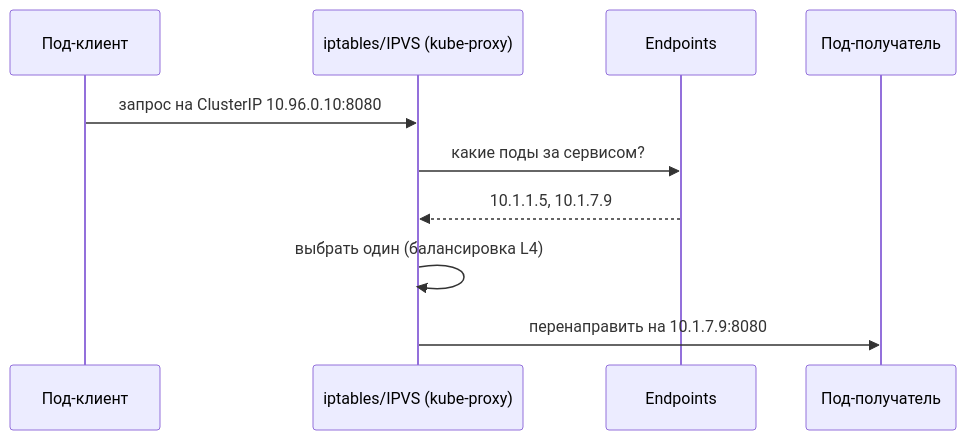
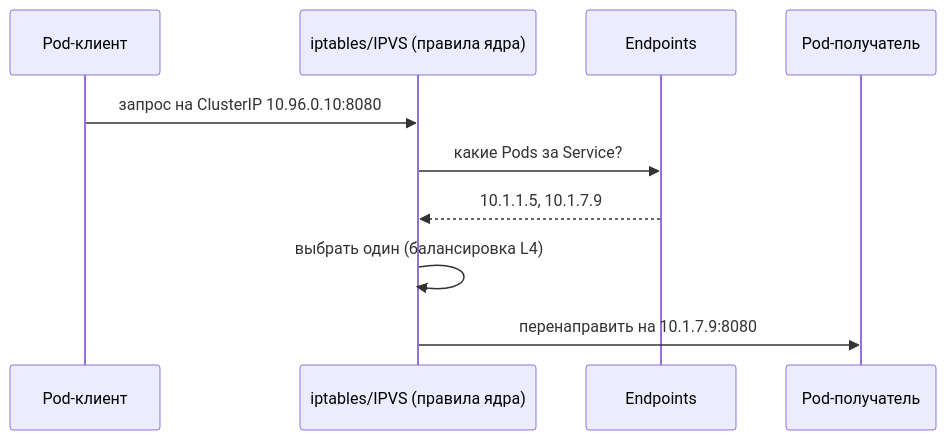
Before and after one commit to ViktorUJ/cks: the ninth of 11 diagrams in tasks/cka/course/07/ru.md, drawn with Mermaid. The commit also changed other lines of this file and 15 other files, not shown here.

````diff
--- a/tasks/cka/course/07/ru.md
+++ b/tasks/cka/course/07/ru.md
@@ -280,12 +290,12 @@
 ```mermaid
 sequenceDiagram
-    participant P as Под-клиент
-    participant KP as iptables/IPVS (kube-proxy)
+    participant P as Pod-клиент
+    participant KP as iptables/IPVS (правила ядра)
     participant EP as Endpoints
-    participant T as Под-получатель
+    participant T as Pod-получатель
     P->>KP: запрос на ClusterIP 10.96.0.10:8080
-    KP->>EP: какие поды за сервисом?
+    KP->>EP: какие Pods за Service?
     EP-->>KP: 10.1.1.5, 10.1.7.9
     KP->>KP: выбрать один (балансировка L4)
     KP->>T: перенаправить на 10.1.7.9:8080
 ```
````
